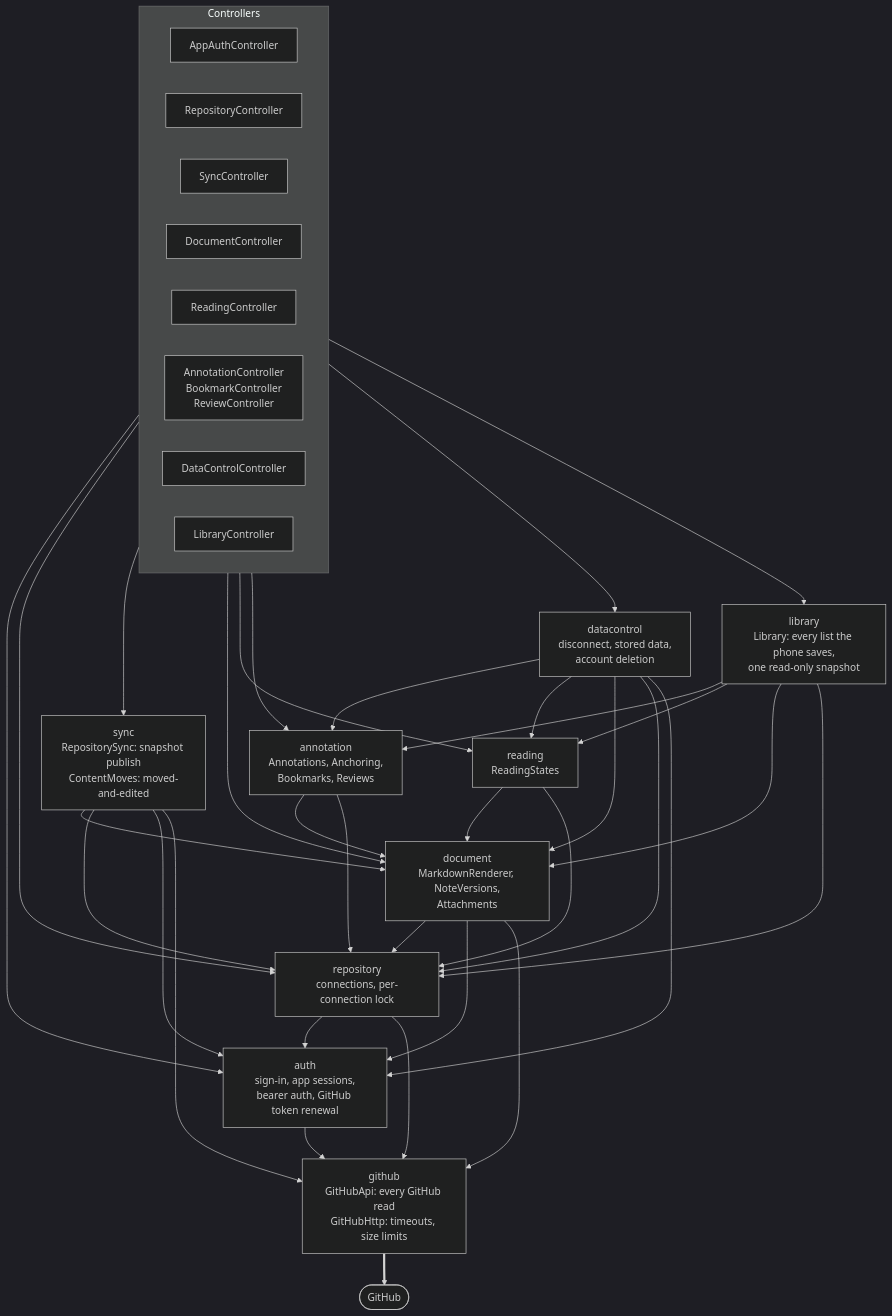
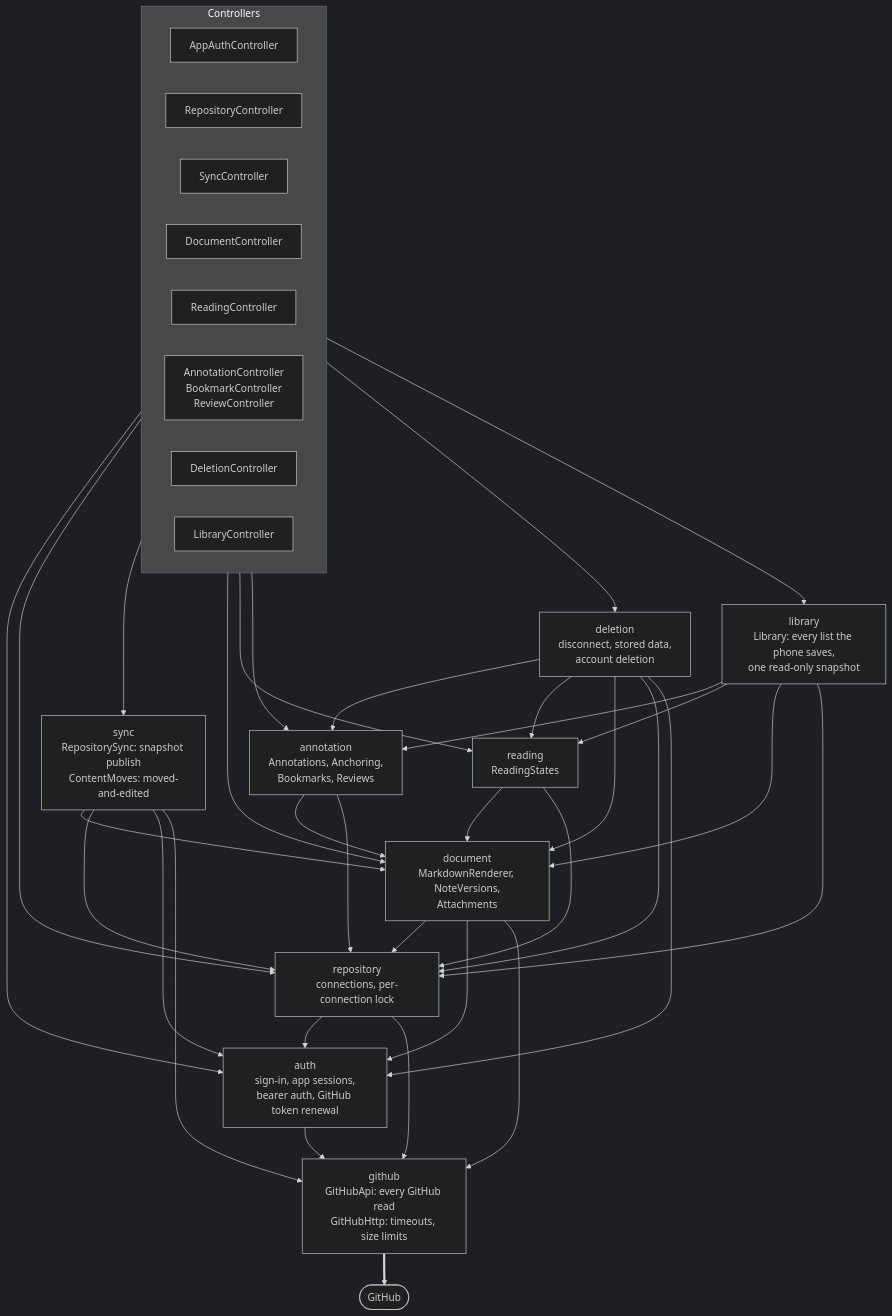
One commit to jaxwong/reporead changed the third of 12 diagrams in docs/architecture.md. Above: the diagram before and after it, drawn with Mermaid (dark theme). The commit also changed other lines of this file and 12 other files, not shown here.

First line of the commit message:
Rename datacontrol package to deletion

````diff
--- a/docs/architecture.md
+++ b/docs/architecture.md
@@ -95,59 +95,59 @@
 ```mermaid
 flowchart TB
     subgraph HTTP["Controllers"]
         direction LR
         AuthC["AppAuthController"]
         RepoC["RepositoryController"]
         SyncC["SyncController"]
         DocC["DocumentController"]
         ReadC["ReadingController"]
         AnnC["AnnotationController<br/>BookmarkController<br/>ReviewController"]
-        DataC["DataControlController"]
+        DelC["DeletionController"]
         LibC["LibraryController"]
     end
 
-    datacontrol["datacontrol<br/>disconnect, stored data,<br/>account deletion"]
+    deletion["deletion<br/>disconnect, stored data,<br/>account deletion"]
     library["library<br/>Library: every list the phone saves,<br/>one read-only snapshot"]
     sync["sync<br/>RepositorySync: snapshot publish<br/>ContentMoves: moved-and-edited"]
     annotation["annotation<br/>Annotations, Anchoring,<br/>Bookmarks, Reviews"]
     reading["reading<br/>ReadingStates"]
     document["document<br/>MarkdownRenderer, NoteVersions,<br/>Attachments"]
     repository["repository<br/>connections, per-connection lock"]
     auth["auth<br/>sign-in, app sessions,<br/>bearer auth, GitHub token renewal"]
     github["github<br/>GitHubApi: every GitHub read<br/>GitHubHttp: timeouts, size limits"]
 
     AuthC --> auth
     RepoC --> repository
     SyncC --> sync
     DocC --> document
     ReadC --> reading
     AnnC --> annotation
-    DataC --> datacontrol
+    DelC --> deletion
     LibC --> library
 
-    datacontrol --> annotation
-    datacontrol --> reading
-    datacontrol --> document
-    datacontrol --> repository
-    datacontrol --> auth
+    deletion --> annotation
+    deletion --> reading
+    deletion --> document
+    deletion --> repository
+    deletion --> auth
     library --> annotation
     library --> reading
     library --> document
     library --> repository
     sync --> document
     sync --> repository
     sync --> auth
     sync --> github
     annotation --> document
     annotation --> repository
     reading --> document
     reading --> repository
     document --> repository
     document --> auth
     document --> github
     repository --> auth
     repository --> github
     auth --> github
 
     github ==> GH(["GitHub"])
 ```
````
